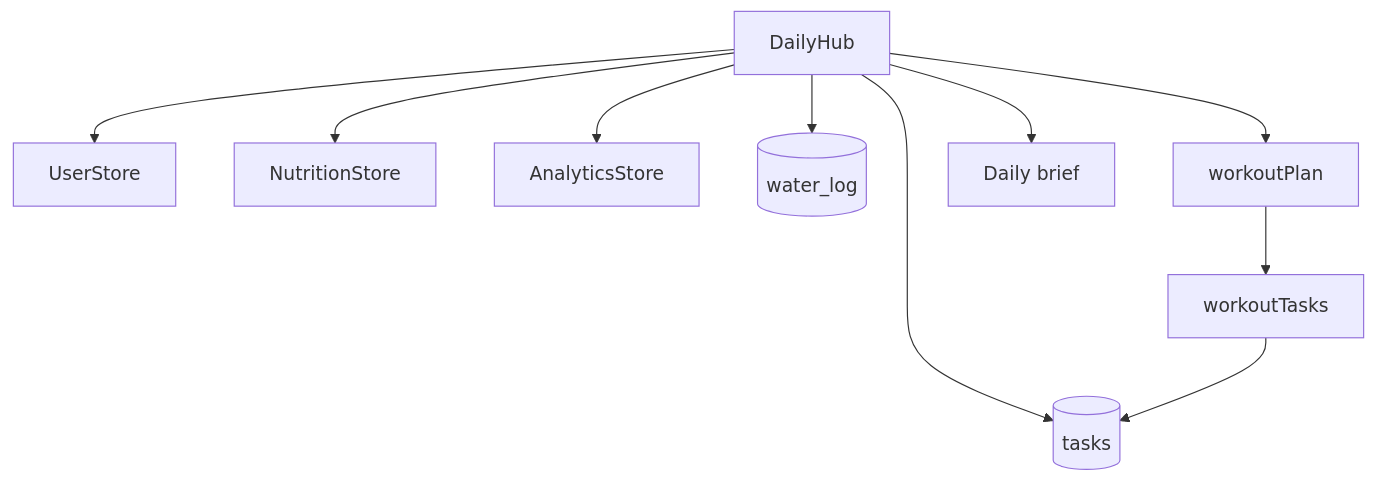
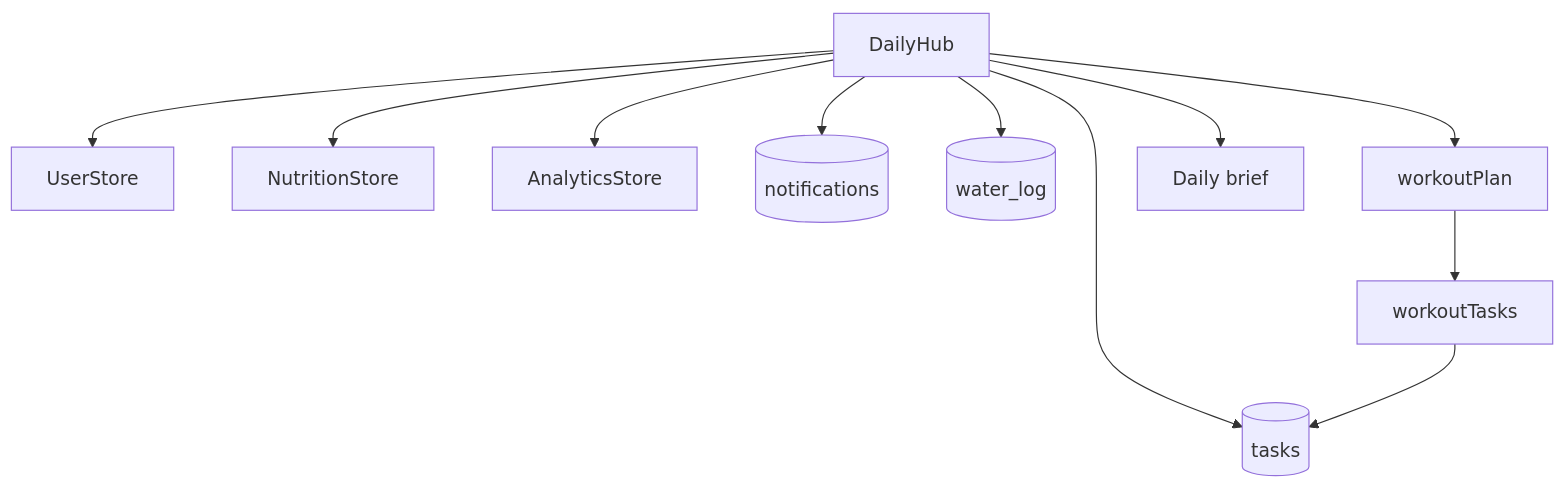
One commit to Ramagiri-Ranesh/LifeOsMobileApp changed the third of 6 diagrams in docs/architecture.md. Above: the diagram before and after it, drawn with Mermaid. The commit also changed other lines of this file and 20 other files, not shown here.

````diff
--- a/docs/architecture.md
+++ b/docs/architecture.md
@@ -331,12 +337,13 @@
 ```mermaid
 flowchart TD
   DailyHub --> UserStore
   DailyHub --> NutritionStore
   DailyHub --> AnalyticsStore
   DailyHub --> Tasks[(tasks)]
+  DailyHub --> Notifications[(notifications)]
   DailyHub --> Water[(water_log)]
   DailyHub --> WorkoutPlan[workoutPlan]
   WorkoutPlan --> WorkoutTasks[workoutTasks]
   WorkoutTasks --> Tasks
   DailyHub --> AI[Daily brief]
 ```
````
